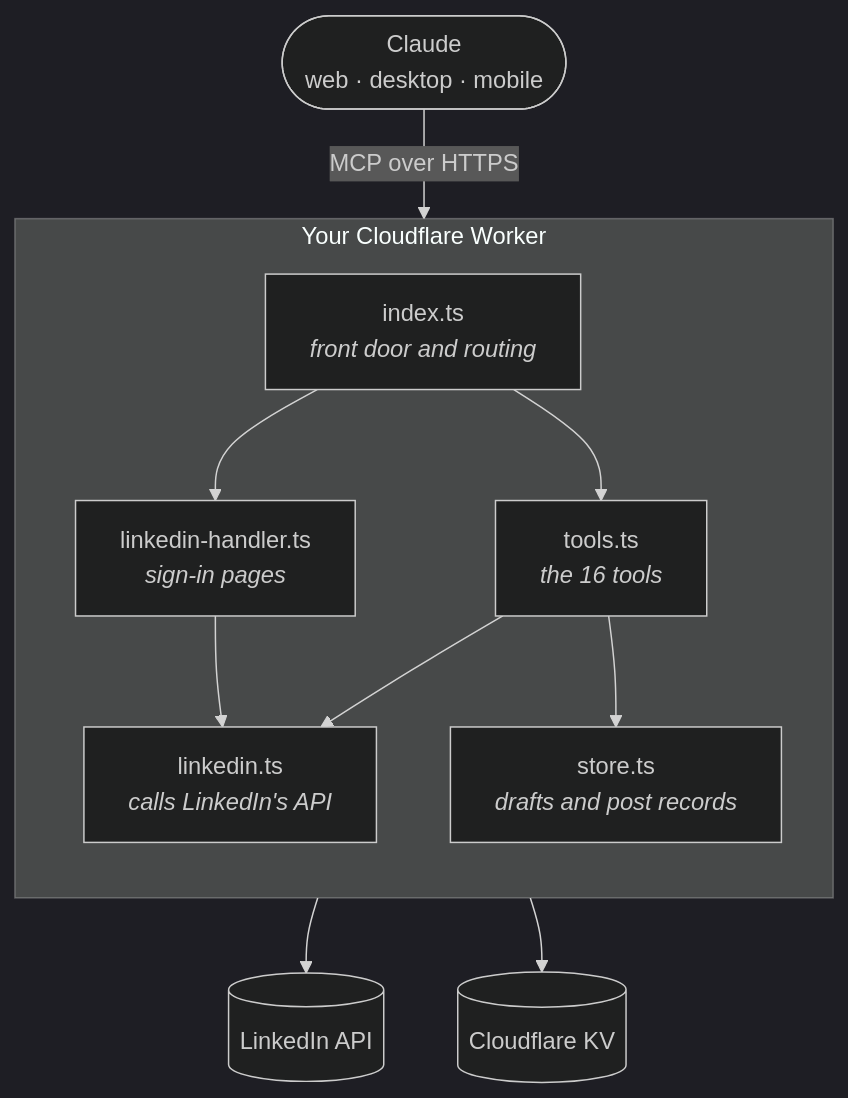
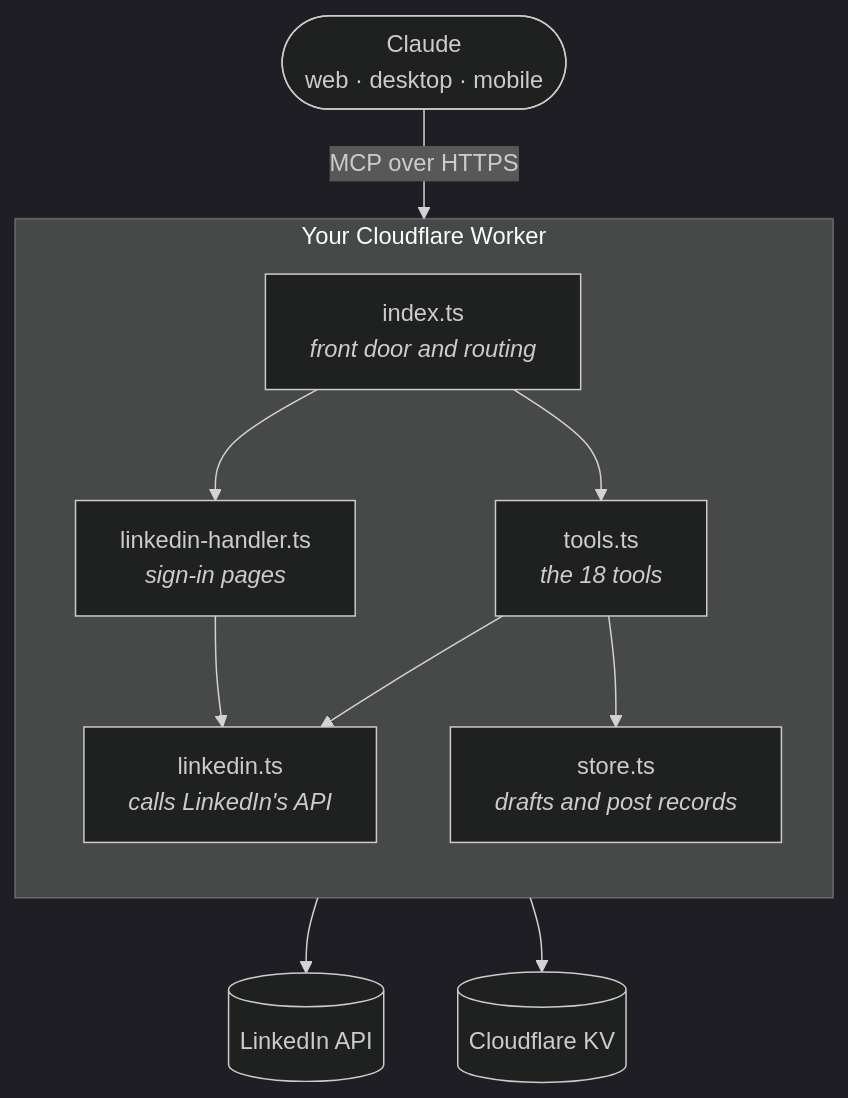
The first of 6 diagrams in README.md (arooj1/postline-mcp), drawn with Mermaid (dark theme) before and after one commit. The commit also changed other lines of this file and 15 other files, not shown here.

````diff
--- a/README.md
+++ b/README.md
@@ -59,22 +59,22 @@
 ```mermaid
 flowchart TB
     Claude(["Claude<br/>web · desktop · mobile"])
     subgraph Worker["Your Cloudflare Worker"]
         direction TB
         index["index.ts<br/><i>front door and routing</i>"]
         handler["linkedin-handler.ts<br/><i>sign-in pages</i>"]
-        tools["tools.ts<br/><i>the 16 tools</i>"]
+        tools["tools.ts<br/><i>the 18 tools</i>"]
         li["linkedin.ts<br/><i>calls LinkedIn's API</i>"]
         store["store.ts<br/><i>drafts and post records</i>"]
         index --> handler
         index --> tools
         handler --> li
         tools --> li
         tools --> store
     end
     LinkedIn[("LinkedIn API")]
     KV[("Cloudflare KV")]
     Claude -- "MCP over HTTPS" --> index
     li --> LinkedIn
     store --> KV
 ```
````
